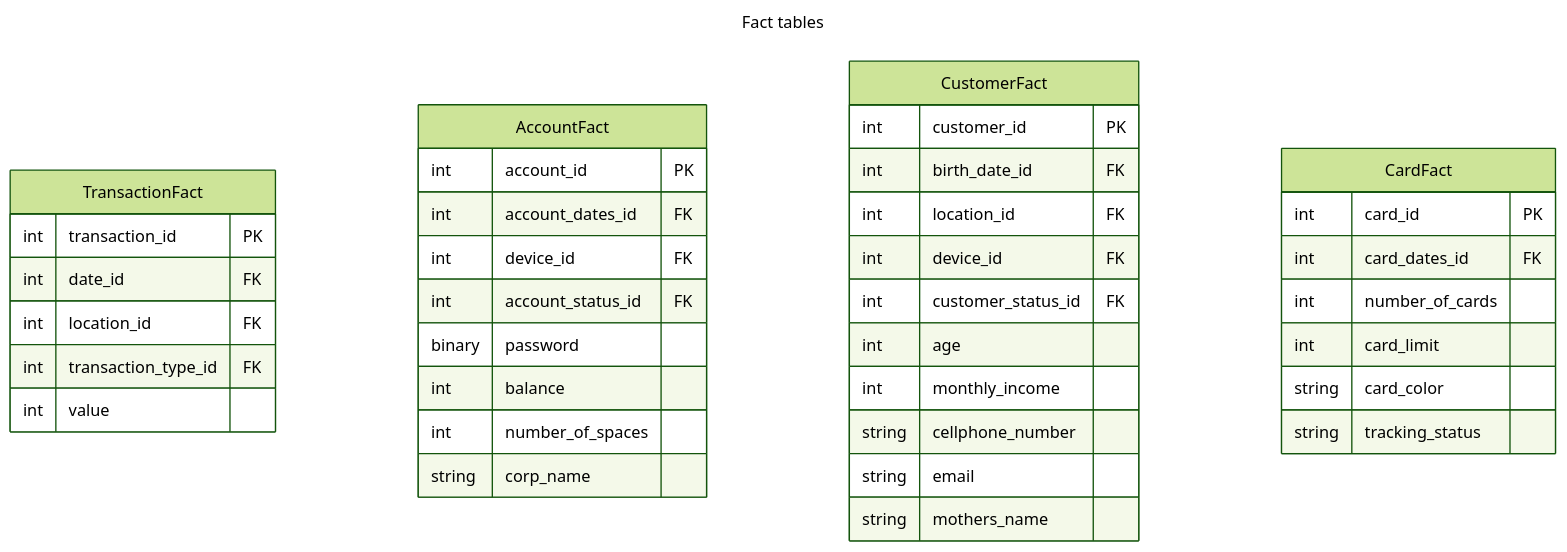
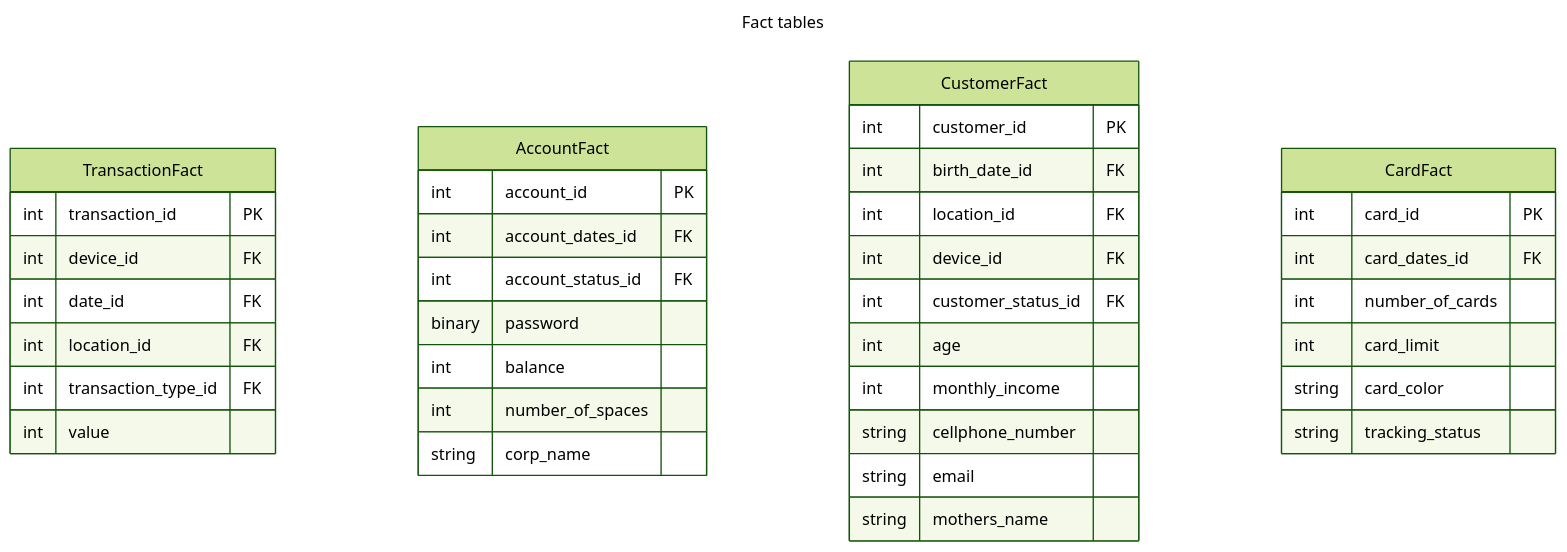
Before and after one commit to luis705/n26-modeling-case: the first of 2 diagrams in README.md, drawn with Mermaid (forest theme). The commit also changed other lines of this file and 2 other files, not shown here.

````diff
--- a/README.md
+++ b/README.md
@@ -50,46 +50,47 @@
 ```mermaid
 ---
 title: Fact tables
 ---
 erDiagram
     TransactionFact {
         int    transaction_id PK
+        int    device_id FK
         int    date_id FK
         int    location_id FK
         int    transaction_type_id FK
         int    value
     }
 
     AccountFact {
         int    account_id PK
         int    account_dates_id FK
-        int    device_id FK
+        
         int    account_status_id FK
         binary password
         int    balance
         int    number_of_spaces
         string corp_name
     }
 
     CustomerFact {
         int    customer_id PK
         int    birth_date_id FK
         int    location_id FK
         int    device_id FK
         int    customer_status_id FK
         int    age
         int    monthly_income
         string cellphone_number
         string email
         string mothers_name
     }
 
     CardFact {
         int    card_id PK
         int    card_dates_id FK
         int    number_of_cards
         int    card_limit
         string card_color
         string tracking_status
     }
 ```
````
